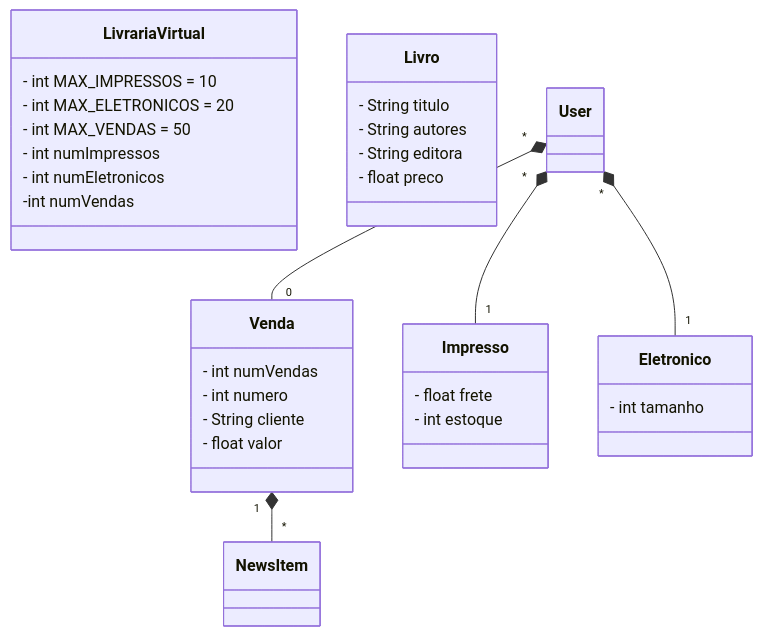
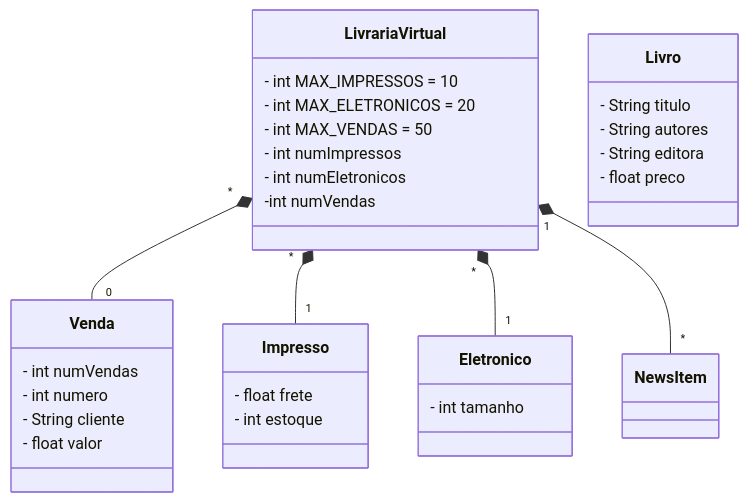
The diagram in README.md (DevTrail-Squad-4/Desafiodalivraria), drawn with Mermaid before and after one commit.

````diff
--- a/README.md
+++ b/README.md
@@ -3,39 +3,39 @@
 ```mermaid
 classDiagram
   class LivrariaVirtual {
     - int MAX_IMPRESSOS = 10
     - int MAX_ELETRONICOS = 20
     - int MAX_VENDAS = 50
     - int numImpressos
     - int numEletronicos
 	-int numVendas
   }
 
   class Venda {
     - int numVendas
     - int numero
     - String cliente
     - float valor
   }
 
   class Impresso {
     - float frete
     - int estoque
   }
 
   class Eletronico {
     - int tamanho
   }
 
   class Livro {
     - String titulo
     - String autores
     - String editora
     - float preco
   }
 
-  User "*" *-- "0" Venda
-  User "*" *-- "1" Impresso
-  User "*" *-- "1" Eletronico
-  Venda "1" *-- "*" NewsItem
+  LivrariaVirtual "*" *-- "0" Venda
+  LivrariaVirtual "*" *-- "1" Impresso
+  LivrariaVirtual "*" *-- "1" Eletronico
+  LivrariaVirtual "1" *-- "*" NewsItem
 ```
````
